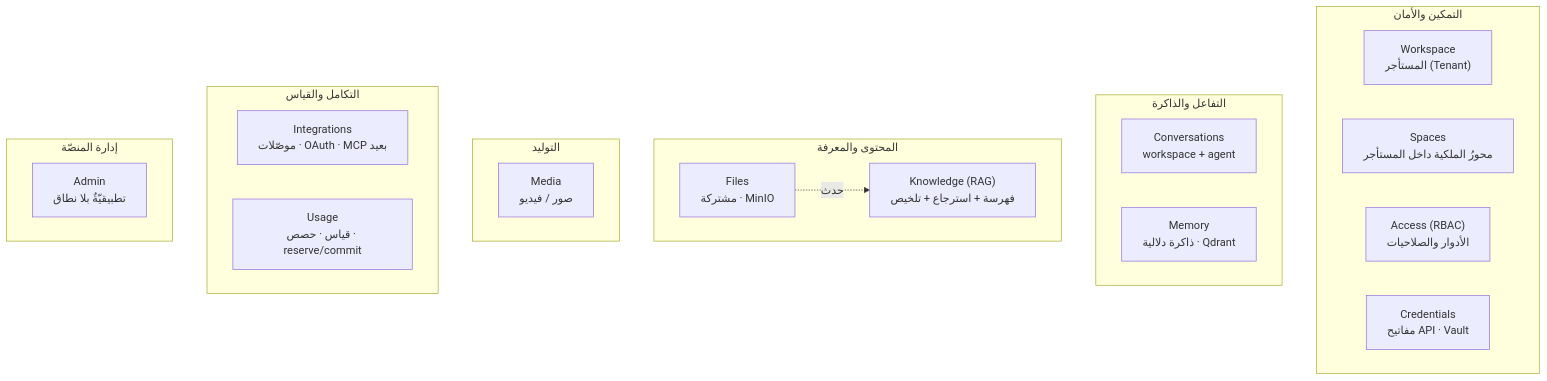
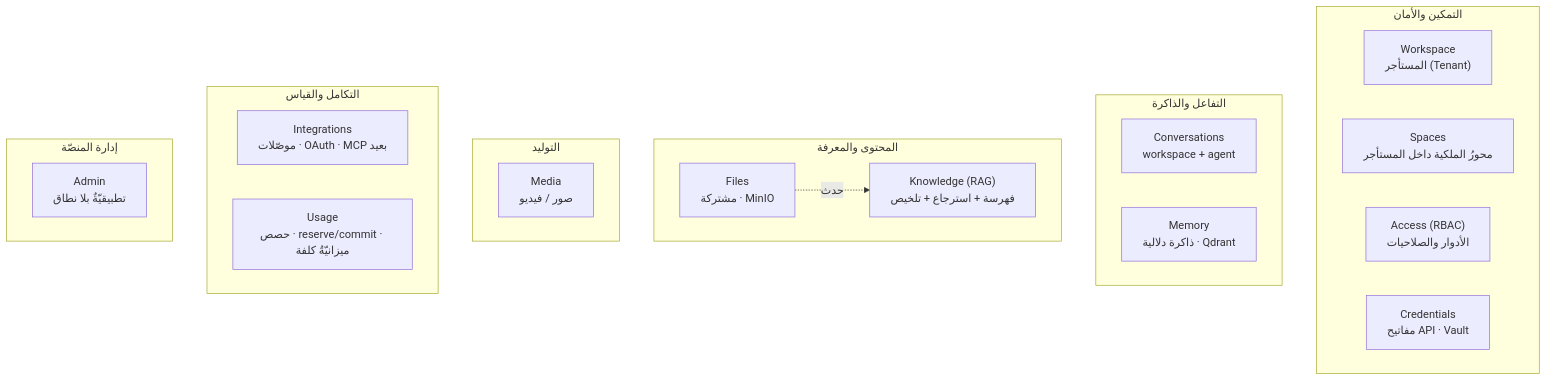
One commit to anastawahia/aizzak changed the fourth of 8 diagrams in docs/architecture.md. Above: the diagram before and after it, drawn with Mermaid. The commit also changed other lines of this file and 1 other file, not shown here.

First line of the commit message:
docs: sync architecture doc to current code (v2.1)

````diff
--- a/docs/architecture.md
+++ b/docs/architecture.md
@@ -263,29 +301,29 @@
 ```mermaid
 graph TD
     subgraph c1 ["التمكين والأمان"]
         Workspace["Workspace<br/>المستأجر (Tenant)"]
         Spaces["Spaces<br/>محورُ الملكية داخل المستأجر"]
         Access["Access (RBAC)<br/>الأدوار والصلاحيات"]
         Credentials["Credentials<br/>مفاتيح API · Vault"]
     end
     subgraph c2 ["التفاعل والذاكرة"]
         Conversations["Conversations<br/>workspace + agent"]
         Memory["Memory<br/>ذاكرة دلالية · Qdrant"]
     end
     subgraph c3 ["المحتوى والمعرفة"]
         Files["Files<br/>مشتركة · MinIO"]
         Knowledge["Knowledge (RAG)<br/>فهرسة + استرجاع + تلخيص"]
     end
     subgraph c4 ["التوليد"]
         Media["Media<br/>صور / فيديو"]
     end
     subgraph c5 ["التكامل والقياس"]
         Integrations["Integrations<br/>موصّلات · OAuth · MCP بعيد"]
-        Usage["Usage<br/>قياس · حصص · reserve/commit"]
+        Usage["Usage<br/>حصص · reserve/commit · ميزانيّةُ كلفة"]
     end
     subgraph c6 ["إدارة المنصّة"]
         AdminM["Admin<br/>تطبيقيّةٌ بلا نطاق"]
     end
 
     Files -. حدث .-> Knowledge
 ```
````
